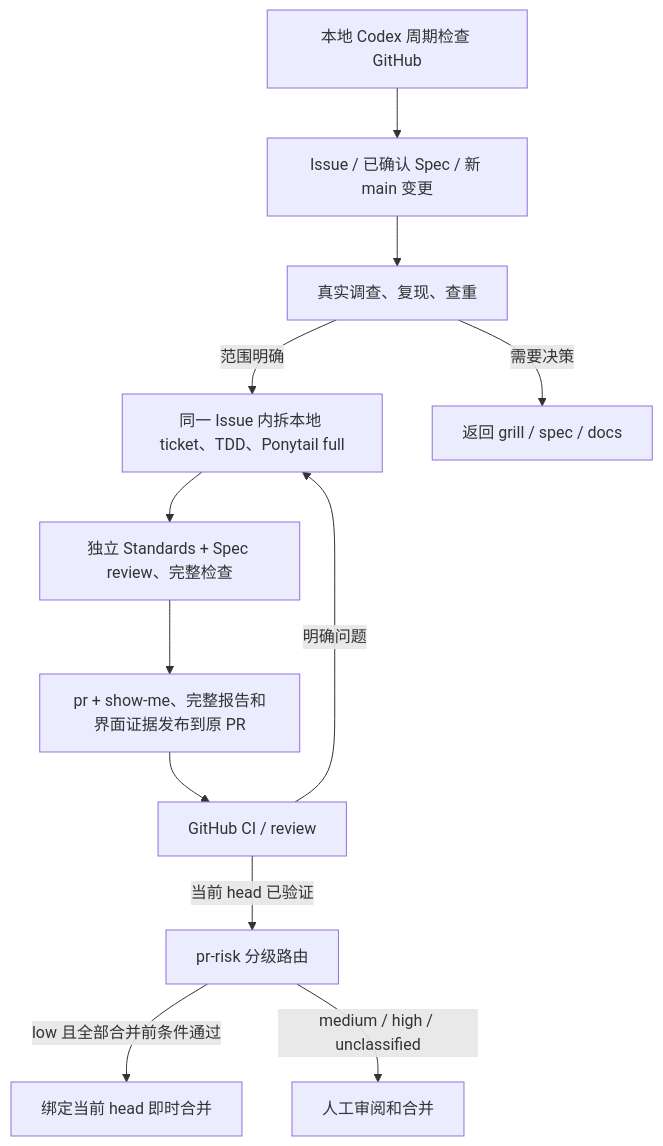
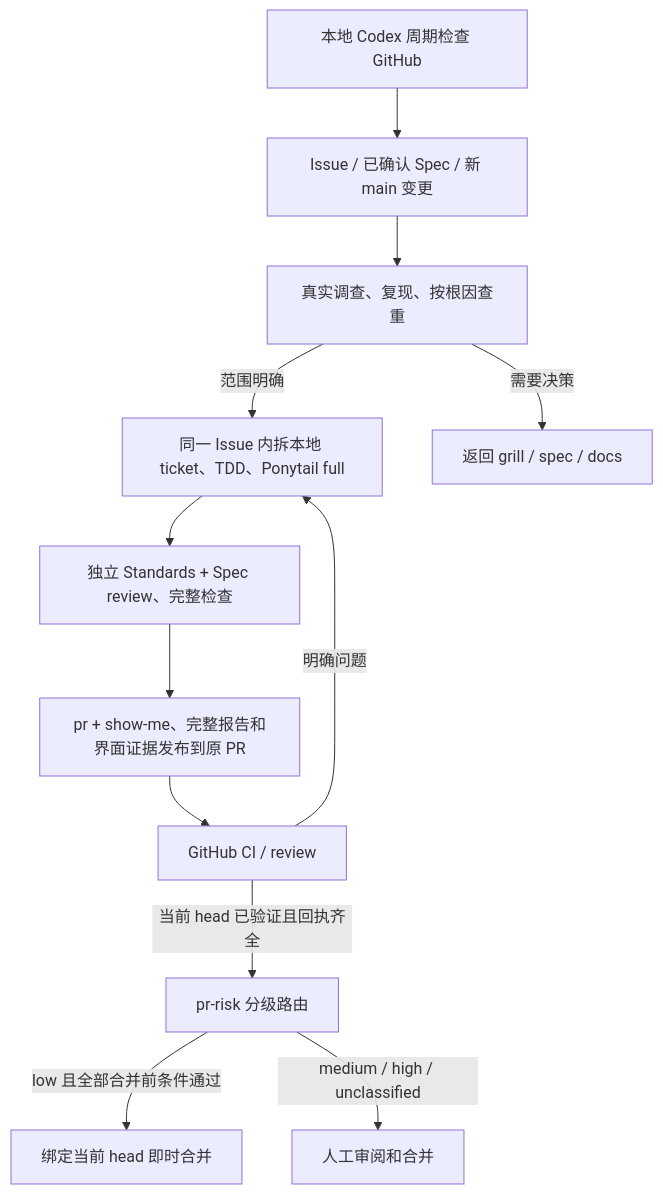
One commit to ZWkang/nodebraid changed the diagram in docs/agents/agentic-workflows.md. Above: the diagram before and after it, drawn with Mermaid. The commit also changed other lines of this file and 39 other files, not shown here.

````diff
--- a/docs/agents/agentic-workflows.md
+++ b/docs/agents/agentic-workflows.md
@@ -8,14 +18,14 @@
 ```mermaid
 flowchart TD
   A[本地 Codex 周期检查 GitHub] --> B[Issue / 已确认 Spec / 新 main 变更]
-  B --> C[真实调查、复现、查重]
+  B --> C[真实调查、复现、按根因查重]
   C -->|范围明确| D[同一 Issue 内拆本地 ticket、TDD、Ponytail full]
   C -->|需要决策| E[返回 grill / spec / docs]
   D --> F[独立 Standards + Spec review、完整检查]
   F --> G[pr + show-me、完整报告和界面证据发布到原 PR]
   G --> H[GitHub CI / review]
   H -->|明确问题| D
-  H -->|当前 head 已验证| I[pr-risk 分级路由]
+  H -->|当前 head 已验证且回执齐全| I[pr-risk 分级路由]
   I -->|low 且全部合并前条件通过| J[绑定当前 head 即时合并]
   I -->|medium / high / unclassified| K[人工审阅和合并]
 ```
````
